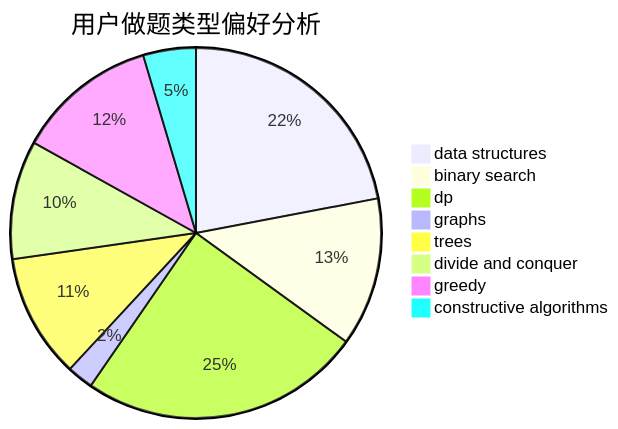
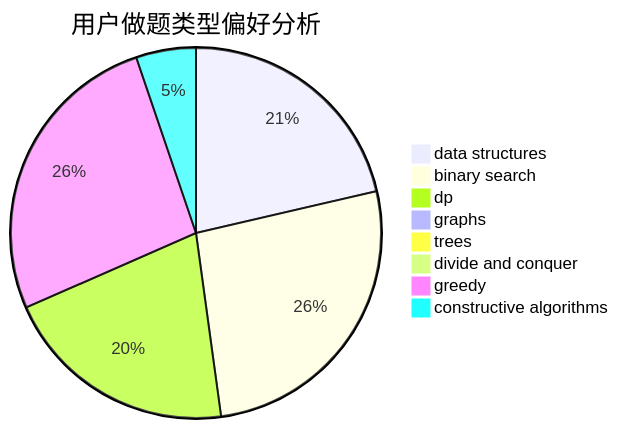
Before and after one commit to sherpahu/cfrs.github.io: the second of 3 diagrams in docs/user/u1099.md, drawn with Mermaid. The commit also changed other lines of this file and 2770 other files, not shown here.

````diff
--- a/docs/user/u1099.md
+++ b/docs/user/u1099.md
@@ -23,11 +23,11 @@
 ```mermaid
 pie title 用户做题类型偏好分析
-    "data structures" :  134
-    "binary search" :  79
-    "dp" :  150
-    "graphs" :  14
-    "trees" :  66
-    "divide and conquer" :  63
-    "greedy" :  75
-    "constructive algorithms" :  28
+    "data structures" :  434
+    "binary search" :  537
+    "dp" :  418
+    "graphs" :  17
+    "trees" :  4
+    "divide and conquer" :  0
+    "greedy" :  535
+    "constructive algorithms" :  106
 ```
````
